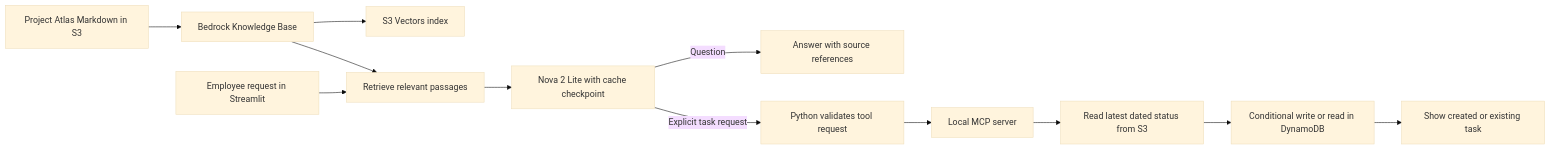
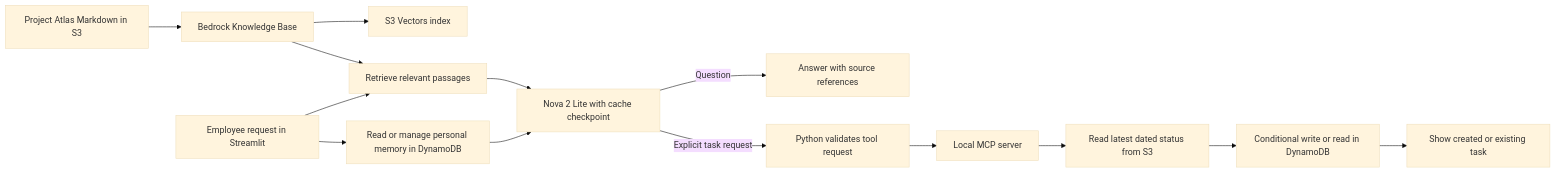
One commit to ssganiger/aws-bedrock-employee-agent-rag-memory changed the diagram in README.md. Above: the diagram before and after it, drawn with Mermaid (base theme). The commit also changed other lines of this file and 6 other files, not shown here.

Commit message:
Add persistent personal memory to Project Atlas assistant

````diff
--- a/README.md
+++ b/README.md
@@ -32,14 +34,16 @@
 ```mermaid
 flowchart LR
     A[Project Atlas Markdown in S3] --> B[Bedrock Knowledge Base]
     B --> C[S3 Vectors index]
     D[Employee request in Streamlit] --> E[Retrieve relevant passages]
+    D --> M[Read or manage personal memory in DynamoDB]
     B --> E
     E --> F[Nova 2 Lite with cache checkpoint]
+    M --> F
     F -->|Question| G[Answer with source references]
     F -->|Explicit task request| H[Python validates tool request]
     H --> I[Local MCP server]
     I --> J[Read latest dated status from S3]
     J --> K[Conditional write or read in DynamoDB]
     K --> L[Show created or existing task]
 ```
````
